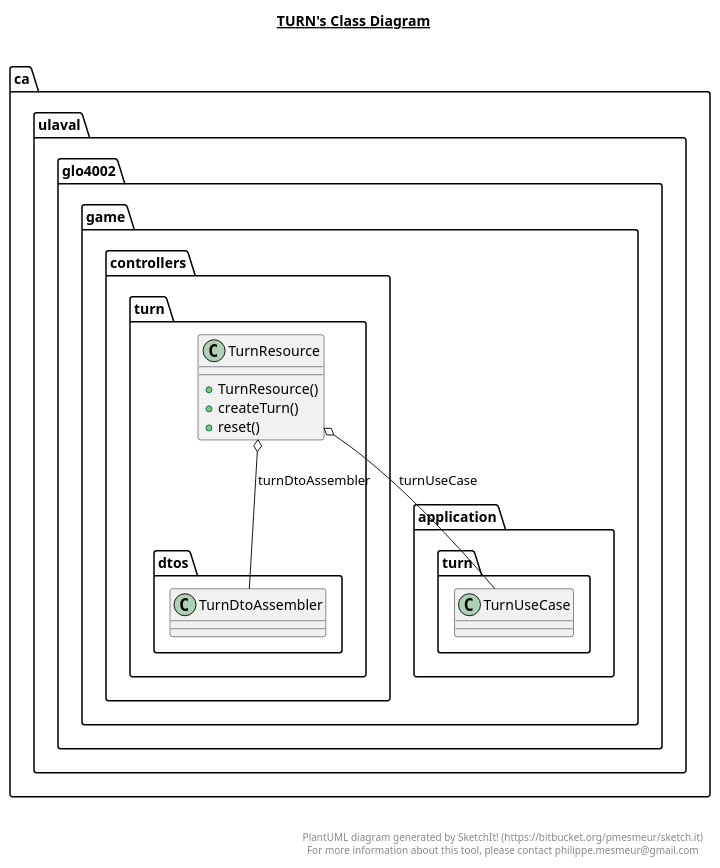
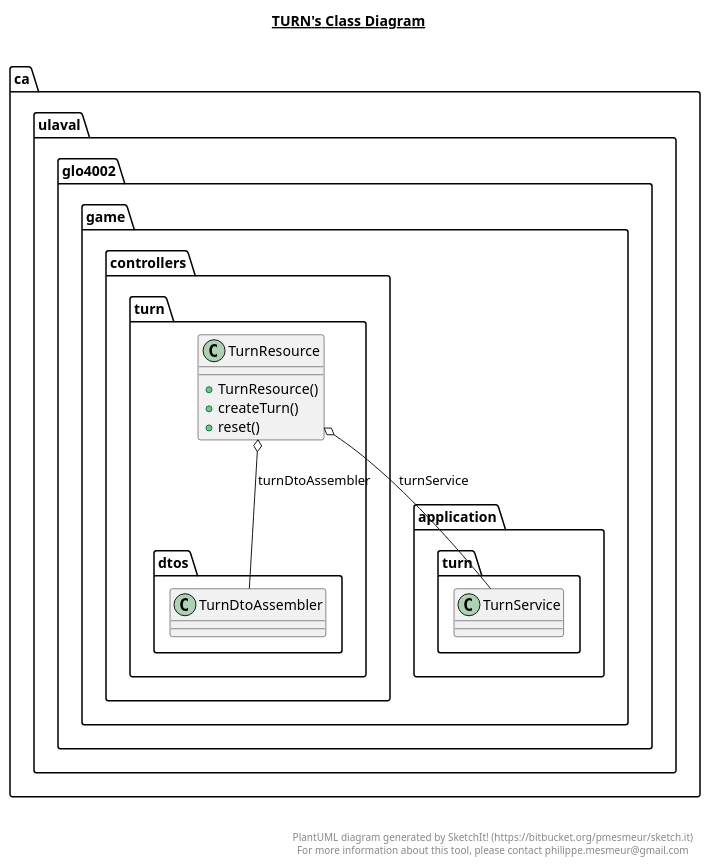
One commit to MALEC321/MEP7 changed the diagram in game-api/src/main/java/ca/ulaval/glo4002/game/controllers/turn/turn.plantuml. Above: the diagram before and after it, drawn with PlantUML. The commit also changed 31 other files, not shown here.

```diff
--- a/game-api/src/main/java/ca/ulaval/glo4002/game/controllers/turn/turn.plantuml
+++ b/game-api/src/main/java/ca/ulaval/glo4002/game/controllers/turn/turn.plantuml
@@ -1,26 +1,26 @@
 @startuml
 
 title __TURN's Class Diagram__\n
 
     namespace ca.ulaval.glo4002.game {
       namespace controllers.turn {
         class ca.ulaval.glo4002.game.controllers.turn.TurnResource {
             + TurnResource()
             + createTurn()
             + reset()
         }
       }
     }
 
   ca.ulaval.glo4002.game.controllers.turn.TurnResource o-- ca.ulaval.glo4002.game.controllers.turn.dtos.TurnDtoAssembler : turnDtoAssembler
-  ca.ulaval.glo4002.game.controllers.turn.TurnResource o-- ca.ulaval.glo4002.game.application.turn.TurnUseCase : turnUseCase
+  ca.ulaval.glo4002.game.controllers.turn.TurnResource o-- ca.ulaval.glo4002.game.application.turn.TurnService : turnService
 
 
 right footer
 
 
 PlantUML diagram generated by SketchIt! (https://bitbucket.org/pmesmeur/sketch.it)
 For more information about this tool, please contact philippe.mesmeur@gmail.com
 endfooter
 
 @enduml
```
